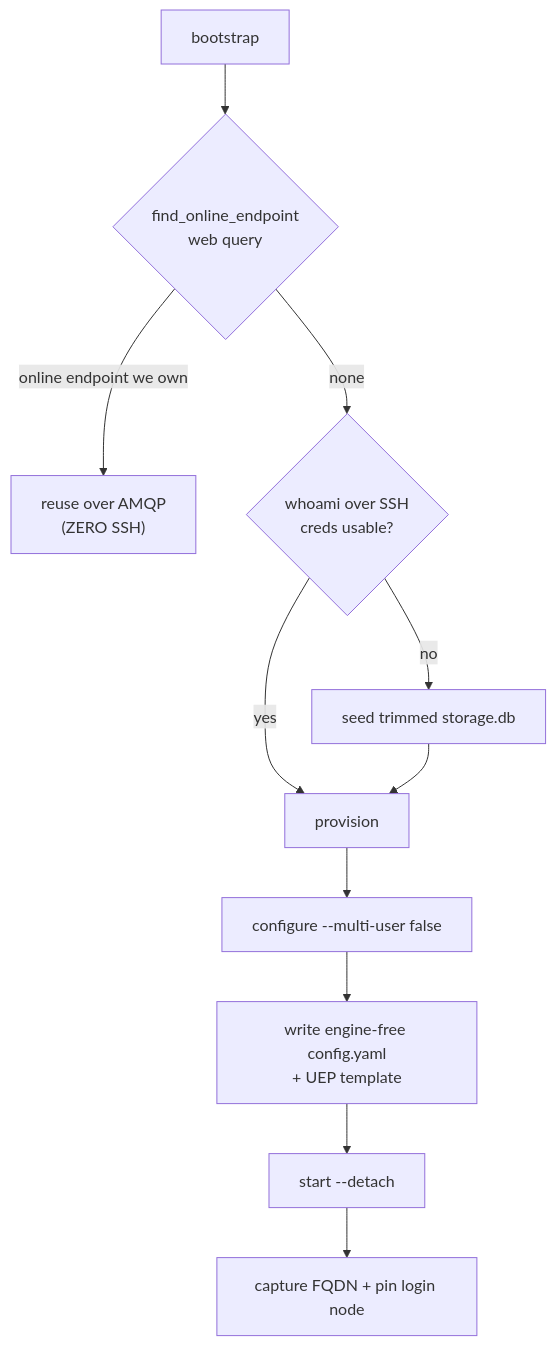
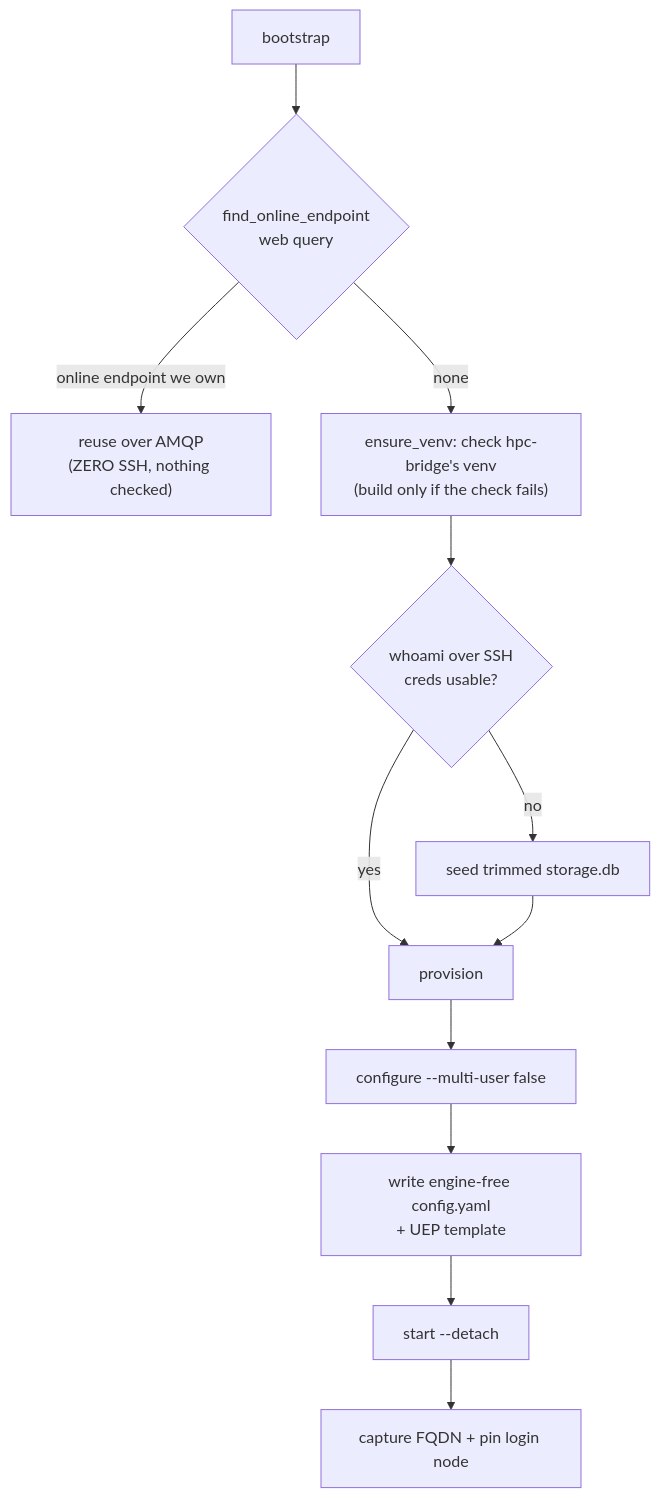
One commit to globus-labs/hpc-bridge changed the diagram in docs/hpc-bridge-vault/Concepts/Standing up the endpoint.md. Above: the diagram before and after it, drawn with Mermaid. The commit also changed other lines of this file and 55 other files, not shown here.

````diff
--- a/docs/hpc-bridge-vault/Concepts/Standing up the endpoint.md
+++ b/docs/hpc-bridge-vault/Concepts/Standing up the endpoint.md
@@ -10,13 +10,14 @@
 ```mermaid
 flowchart TD
   A[bootstrap] --> B{find_online_endpoint<br/>web query}
-  B -- "online endpoint we own" --> R["reuse over AMQP<br/>(ZERO SSH)"]
-  B -- none --> C{whoami over SSH<br/>creds usable?}
+  B -- "online endpoint we own" --> R["reuse over AMQP<br/>(ZERO SSH, nothing checked)"]
+  B -- none --> V["ensure_venv: check hpc-bridge's venv<br/>(build only if the check fails)"]
+  V --> C{whoami over SSH<br/>creds usable?}
   C -- no --> S[seed trimmed storage.db]
   C -- yes --> P
   S --> P[provision]
   P --> P1[configure --multi-user false]
   P1 --> P2["write engine-free config.yaml<br/>+ UEP template"]
   P2 --> P3[start --detach]
   P3 --> P4[capture FQDN + pin login node]
 ```
````
